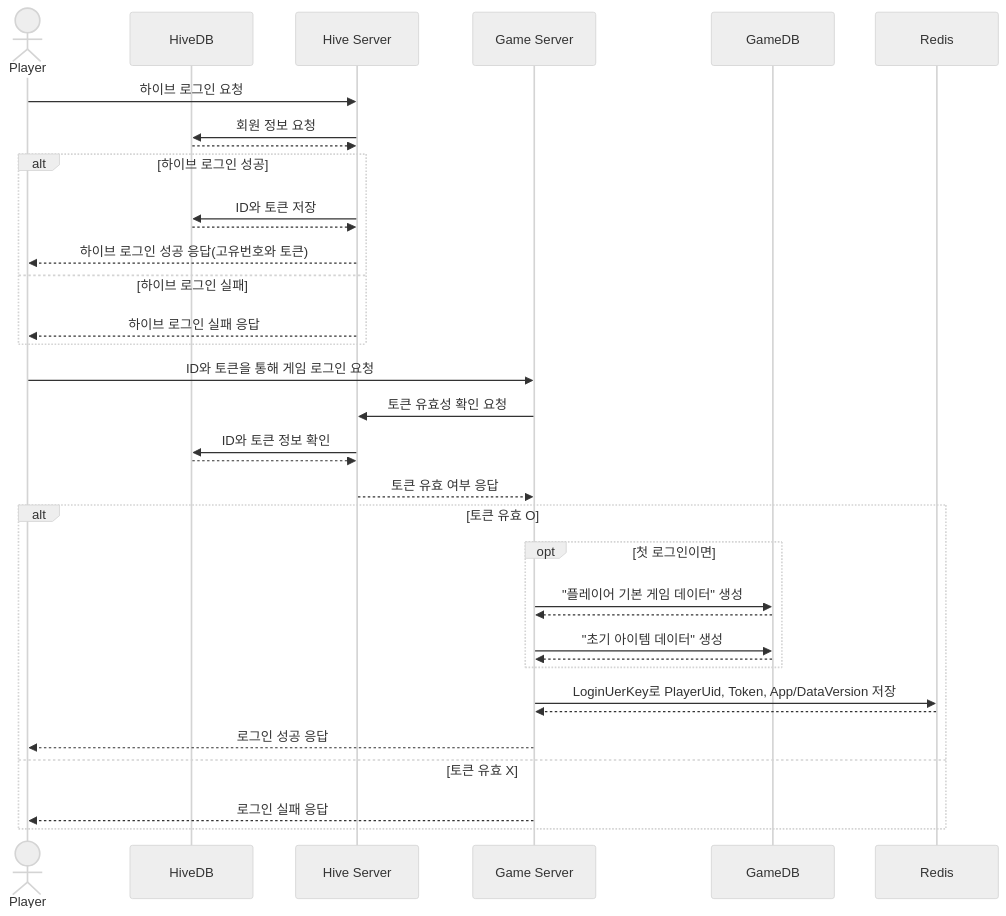
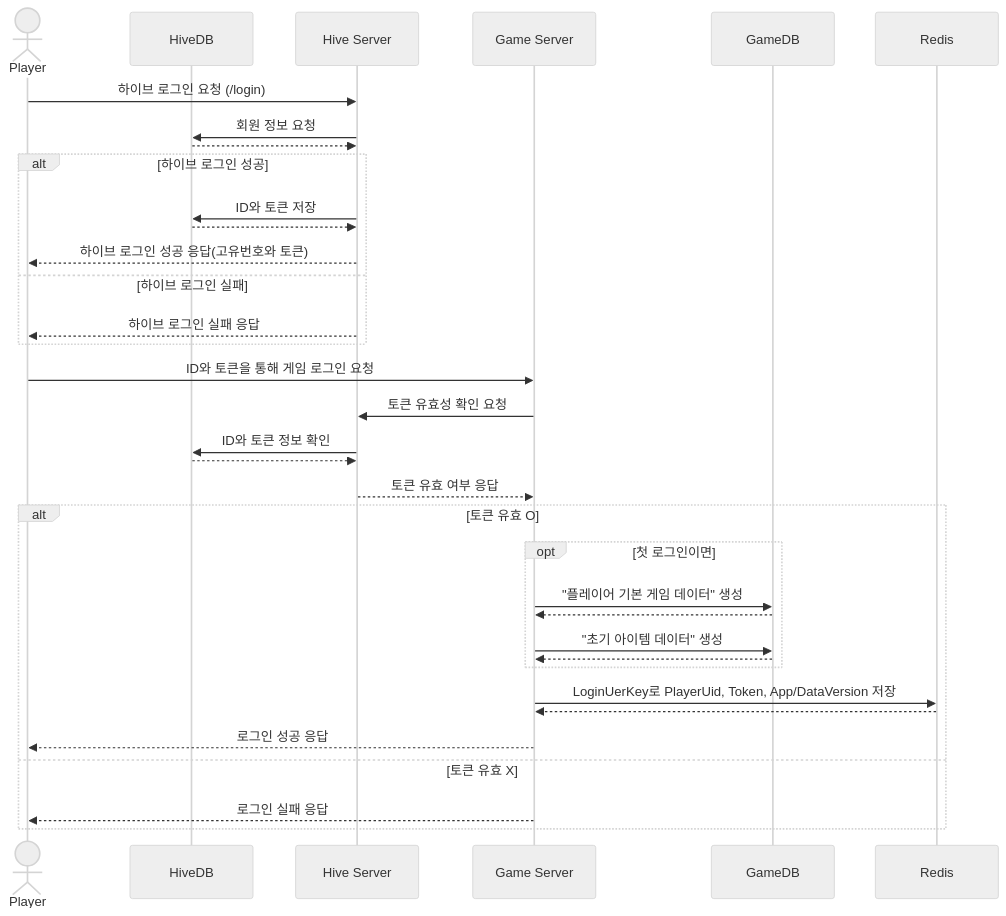
The second of 2 diagrams in SequenceDiagram/Register-Login.md (yujinS0/Omok-Game), drawn with Mermaid (neutral theme) before and after one commit. The commit also changed other lines of this file, not shown here.

````diff
--- a/SequenceDiagram/Register-Login.md
+++ b/SequenceDiagram/Register-Login.md
@@ -23,50 +23,50 @@
 ```mermaid
 sequenceDiagram
 	actor P as Player
 	participant HD as HiveDB
 	participant H as Hive Server
 	participant G as Game Server
 	participant GD as GameDB
 	participant R as Redis
 	
-	P ->> H: 하이브 로그인 요청
+	P ->> H: 하이브 로그인 요청 (/login)
   	H ->> HD : 회원 정보 요청
   	HD -->> H : 
 
 	alt 하이브 로그인 성공
 		H ->> HD : ID와 토큰 저장
 		HD -->> H : 
 		H -->> P : 하이브 로그인 성공 응답(고유번호와 토큰) 
 	else 하이브 로그인 실패
 		H -->> P : 하이브 로그인 실패 응답
 	end
 
 	P ->> G : ID와 토큰을 통해 게임 로그인 요청
 	G ->> H : 토큰 유효성 확인 요청
 	H ->> HD : ID와 토큰 정보 확인
 	HD -->> H :  
 	H -->> G : 토큰 유효 여부 응답
 
 	alt 토큰 유효 O
 		opt 첫 로그인이면
 			G ->> GD : "플레이어 기본 게임 데이터" 생성
 			GD -->> G : 
 			G ->> GD : "초기 아이템 데이터" 생성
 			GD -->> G :  
 		end
 
 		G ->> R : LoginUerKey로 PlayerUid, Token, App/DataVersion 저장
 	  	R -->> G :  
 
 		G -->> P : 로그인 성공 응답
 	else 토큰 유효 X
 		G -->> P : 로그인 실패 응답
 	end
 
 
 
 
 
 
 
 ```
````
